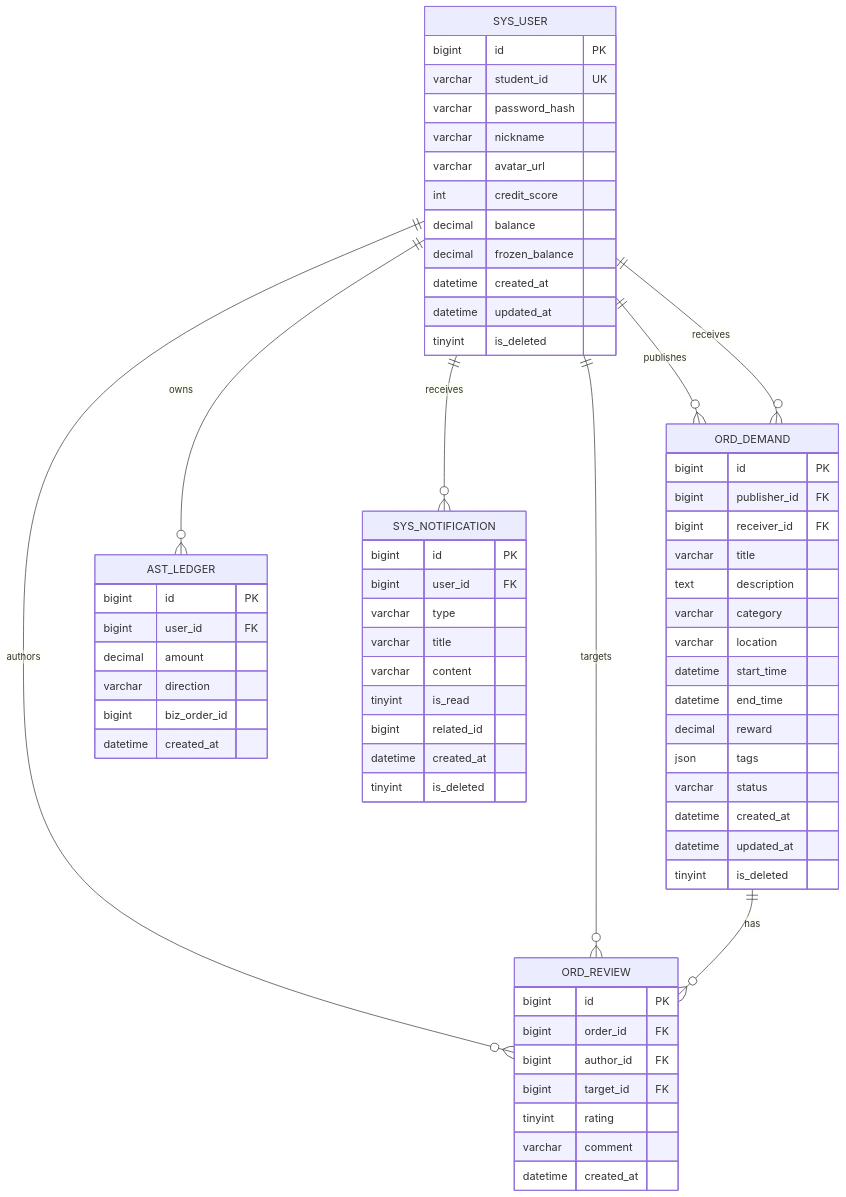
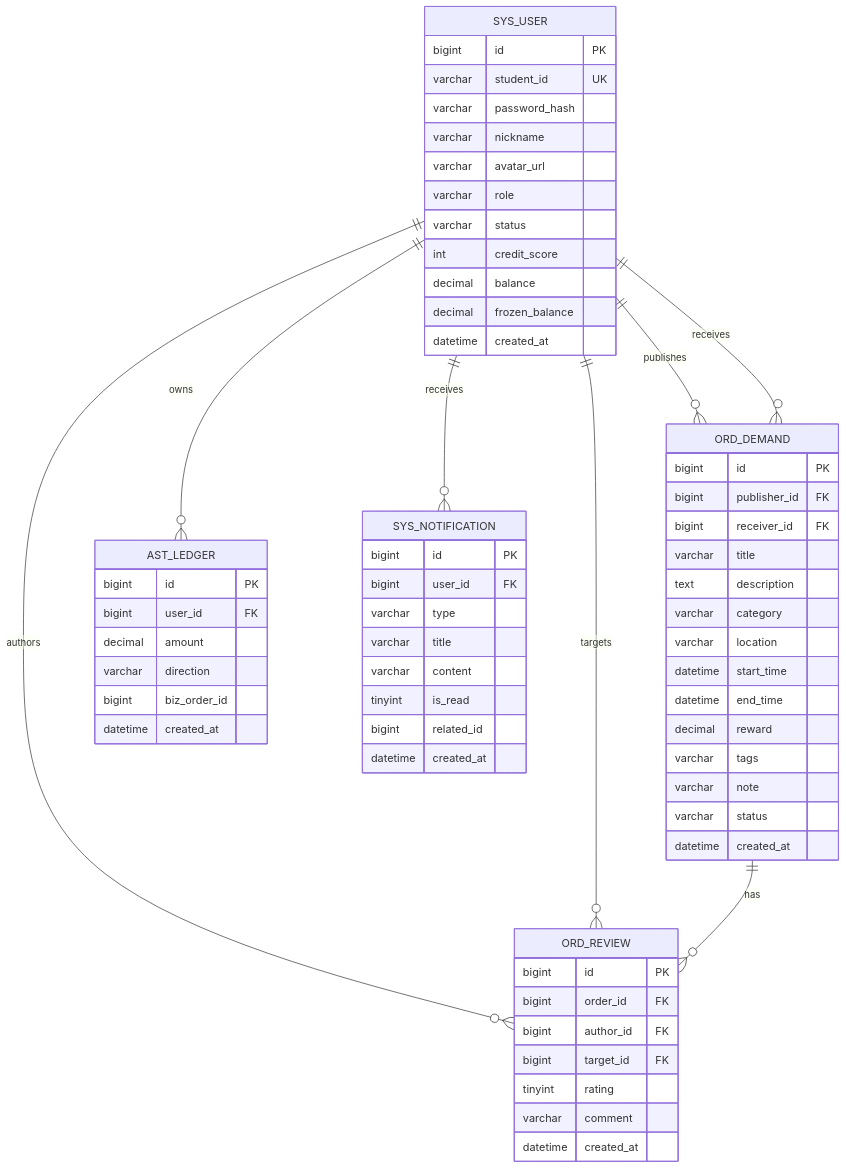
Before and after one commit to wonder37-debug/CampusHub: the second of 2 diagrams in docs/P3/详细设计文档.md, drawn with Mermaid. The commit also changed other lines of this file and 3 other files, not shown here.

````diff
--- a/docs/P3/详细设计文档.md
+++ b/docs/P3/详细设计文档.md
@@ -512,73 +617,71 @@
 ```mermaid
 erDiagram
 	SYS_USER ||--o{ ORD_DEMAND : publishes
 	SYS_USER ||--o{ ORD_DEMAND : receives
 	SYS_USER ||--o{ ORD_REVIEW : authors
 	SYS_USER ||--o{ ORD_REVIEW : targets
 	SYS_USER ||--o{ AST_LEDGER : owns
 	SYS_USER ||--o{ SYS_NOTIFICATION : receives
 	ORD_DEMAND ||--o{ ORD_REVIEW : has
 
 	SYS_USER {
 		bigint id PK
 		varchar student_id UK
 		varchar password_hash
 		varchar nickname
 		varchar avatar_url
+		varchar role
+		varchar status
 		int credit_score
 		decimal balance
 		decimal frozen_balance
 		datetime created_at
-		datetime updated_at
-		tinyint is_deleted
 	}
 
 	ORD_DEMAND {
 		bigint id PK
 		bigint publisher_id FK
 		bigint receiver_id FK
 		varchar title
 		text description
 		varchar category
 		varchar location
 		datetime start_time
 		datetime end_time
 		decimal reward
-		json tags
+		varchar tags
+		varchar note
 		varchar status
 		datetime created_at
-		datetime updated_at
-		tinyint is_deleted
 	}
 
 	ORD_REVIEW {
 		bigint id PK
 		bigint order_id FK
 		bigint author_id FK
 		bigint target_id FK
 		tinyint rating
 		varchar comment
 		datetime created_at
 	}
 
 	AST_LEDGER {
 		bigint id PK
 		bigint user_id FK
 		decimal amount
 		varchar direction
 		bigint biz_order_id
 		datetime created_at
 	}
 
 	SYS_NOTIFICATION {
 		bigint id PK
 		bigint user_id FK
 		varchar type
 		varchar title
 		varchar content
 		tinyint is_read
 		bigint related_id
 		datetime created_at
-		tinyint is_deleted
 	}
 ```
````
